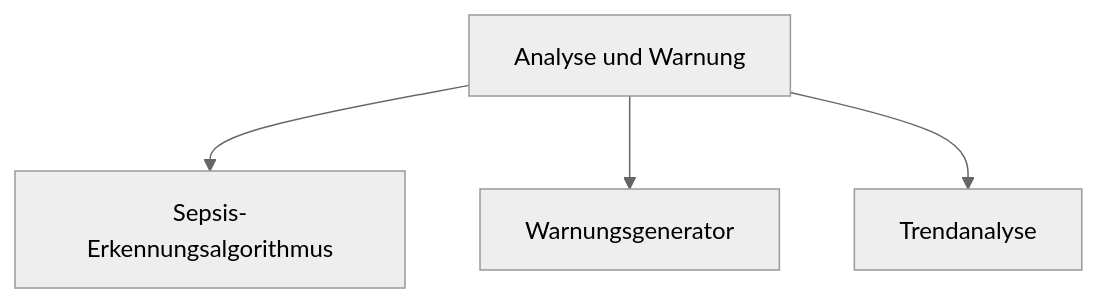
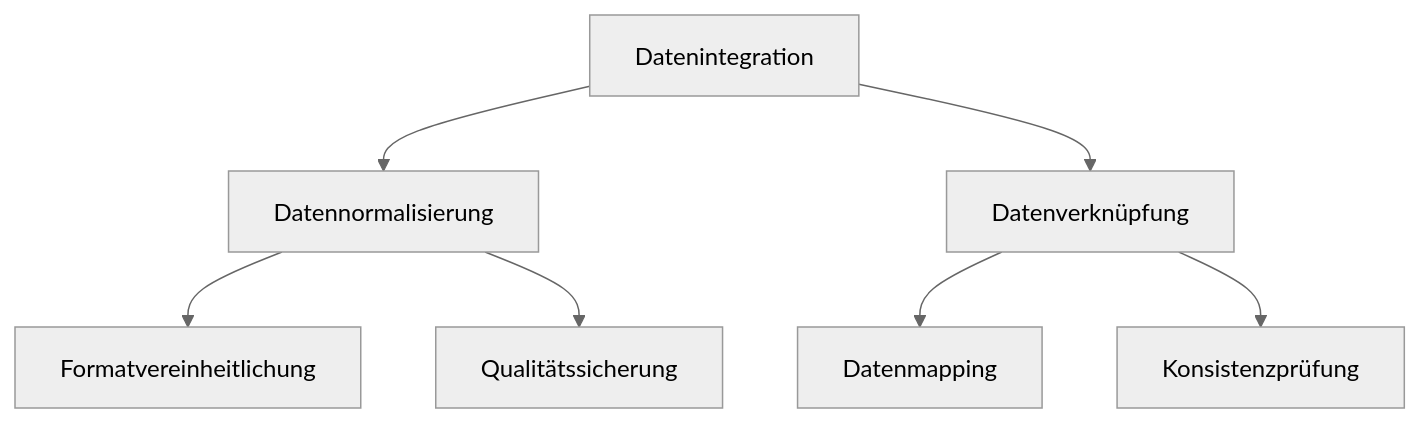
One commit to DustinScharf/SWTPbtu2024 changed the sixth of 9 diagrams in arc42/arc42-template-DE.md. Above: the diagram before and after it, drawn with Mermaid (neutral theme). The commit also changed other lines of this file, not shown here.

````diff
--- a/arc42/arc42-template-DE.md
+++ b/arc42/arc42-template-DE.md
@@ -255,6 +240,9 @@
 ```mermaid
 graph TD
-    D[Analyse und Warnung] --> D1[Sepsis-Erkennungsalgorithmus]
-    D --> D2[Warnungsgenerator]
-    D --> D3[Trendanalyse]
+    A[Datenintegration] --> B[Datennormalisierung]
+    A --> C[Datenverknüpfung]
+    B --> D[Formatvereinheitlichung]
+    B --> E[Qualitätssicherung]
+    C --> F[Datenmapping]
+    C --> G[Konsistenzprüfung]
 ```
````
